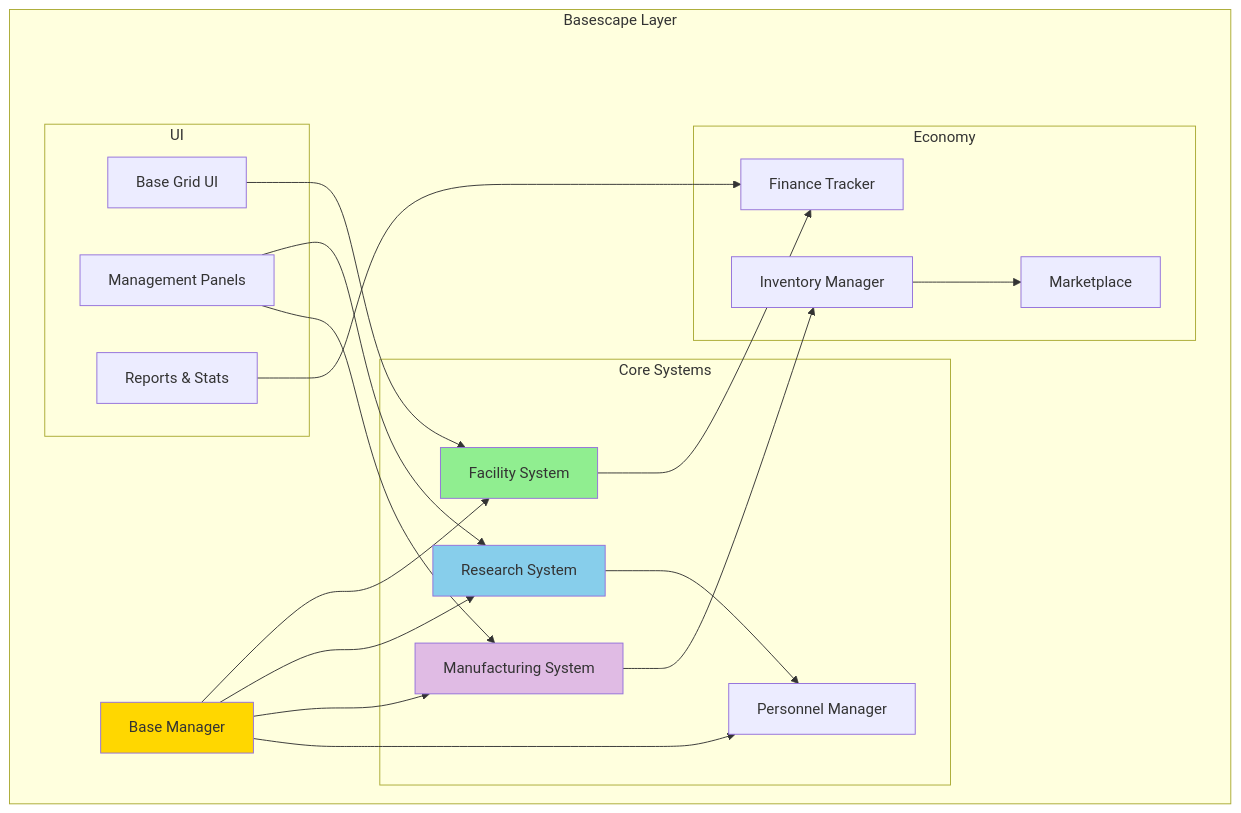
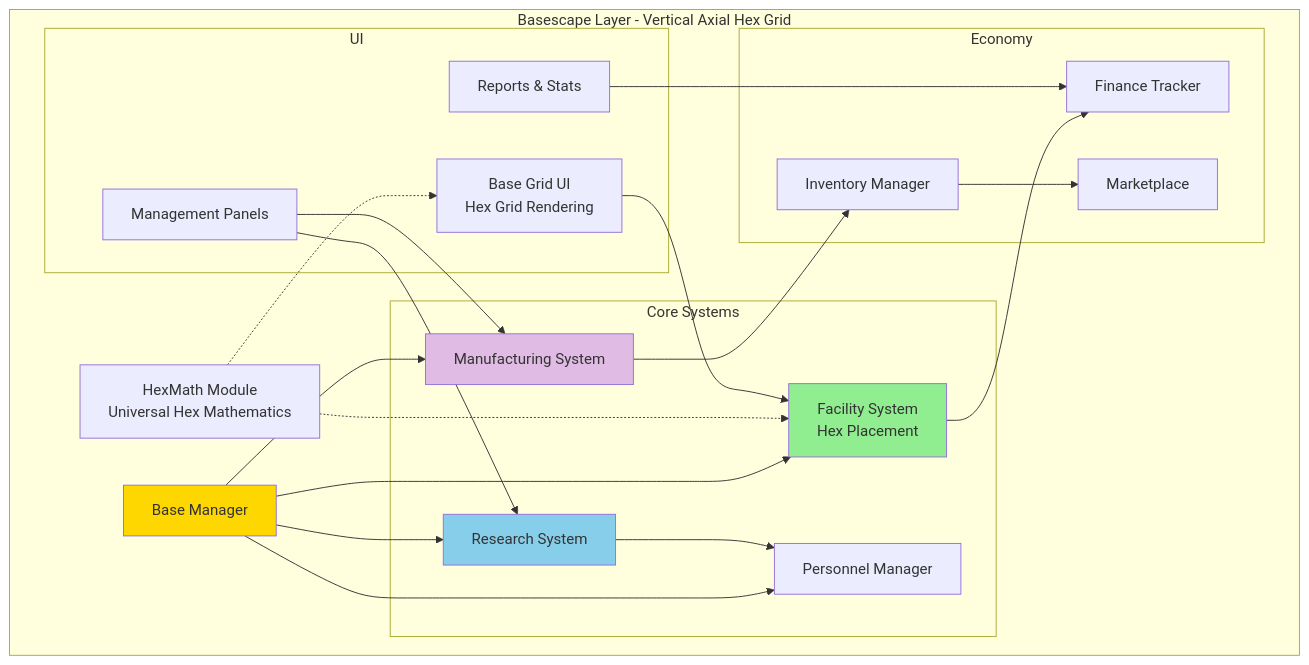
One commit to Bladum/AlienFall changed the first of 11 diagrams in architecture/layers/BASESCAPE.md. Above: the diagram before and after it, drawn with Mermaid. The commit also changed other lines of this file and 30 other files, not shown here.

First line of the commit message:
feat(migration): Add detailed checklist and helper scripts for vertical axial migration

````diff
--- a/architecture/layers/BASESCAPE.md
+++ b/architecture/layers/BASESCAPE.md
@@ -17,46 +35,49 @@
 ```mermaid
 graph TB
-    subgraph "Basescape Layer"
+    subgraph "Basescape Layer - Vertical Axial Hex Grid"
         Base[Base Manager]
+        HexMath[HexMath Module<br/>Universal Hex Mathematics]
         
         subgraph "Core Systems"
-            Facilities[Facility System]
+            Facilities[Facility System<br/>Hex Placement]
             Research[Research System]
             Manufacturing[Manufacturing System]
             Personnel[Personnel Manager]
         end
         
         subgraph "Economy"
             Inventory[Inventory Manager]
             Market[Marketplace]
             Finance[Finance Tracker]
         end
         
         subgraph "UI"
-            Grid[Base Grid UI]
+            Grid[Base Grid UI<br/>Hex Grid Rendering]
             Panels[Management Panels]
             Reports[Reports & Stats]
         end
     end
     
     Base --> Facilities
     Base --> Research
     Base --> Manufacturing
     Base --> Personnel
+    HexMath -.-> Facilities
+    HexMath -.-> Grid
     
     Facilities --> Finance
     Research --> Personnel
     Manufacturing --> Inventory
     
     Inventory --> Market
     
     Grid --> Facilities
     Panels --> Research
     Panels --> Manufacturing
     Reports --> Finance
     
     style Base fill:#FFD700
     style Facilities fill:#90EE90
     style Research fill:#87CEEB
     style Manufacturing fill:#E0BBE4
 ```
````
